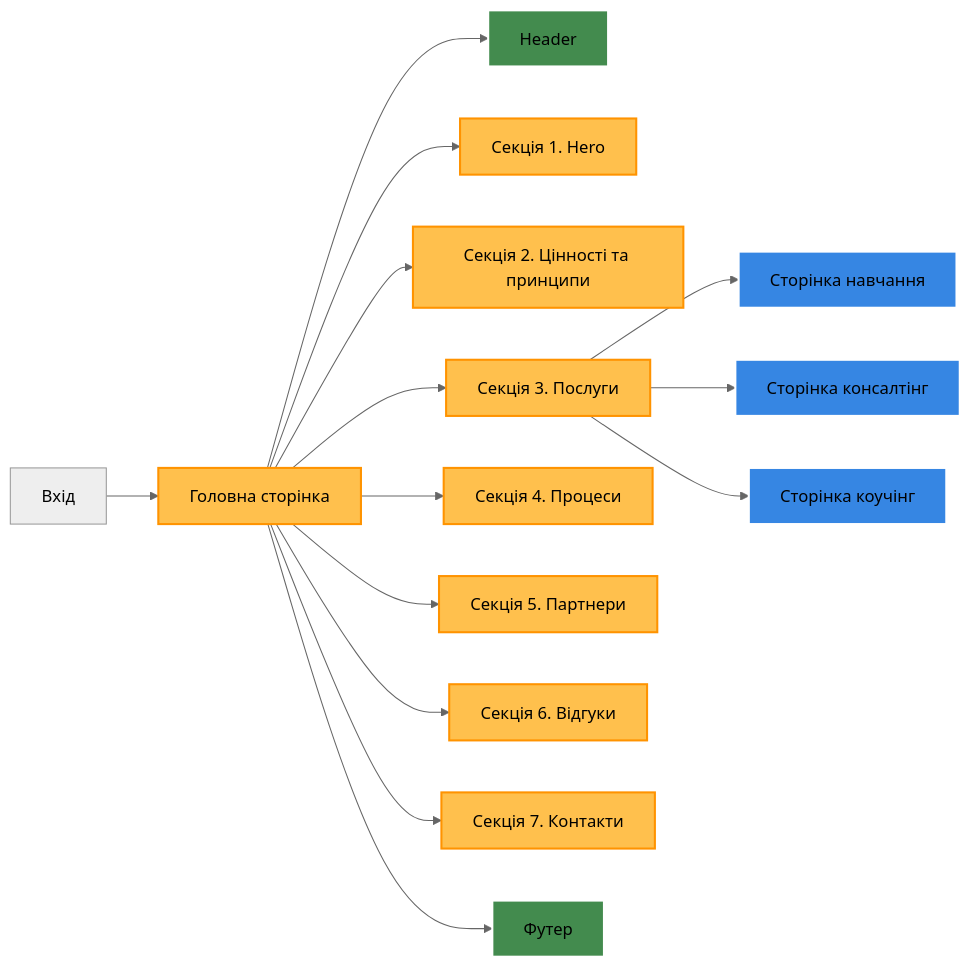
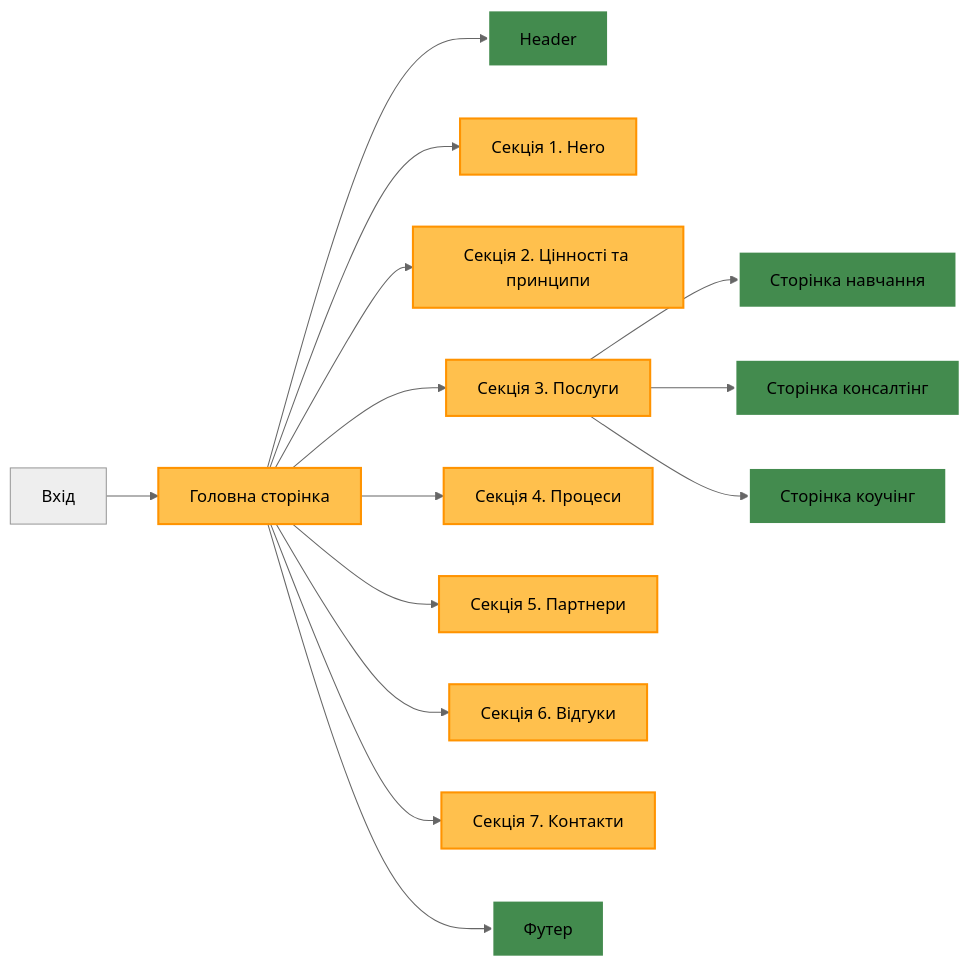
Before and after one commit to sergio-nezhigay/carptravel: the diagram in README.md, drawn with Mermaid (neutral theme).

````diff
--- a/README.md
+++ b/README.md
@@ -51,38 +51,38 @@
 ```mermaid
 graph LR
 
   %% Хедер
   style B fill:#438b4e, stroke:#ffffff, stroke-width:2px;
 
   %% Секції
   style A fill:#ffc04d, stroke:#ff9300, stroke-width:2px;
   style C fill:#ffc04d, stroke:#ff9300, stroke-width:2px;
   style D fill:#ffc04d, stroke:#ff9300, stroke-width:2px;
   style E fill:#ffc04d, stroke:#ff9300, stroke-width:2px;
   style F fill:#ffc04d, stroke:#ff9300, stroke-width:2px;
   style G fill:#ffc04d, stroke:#ff9300, stroke-width:2px;
   style H fill:#ffc04d, stroke:#ff9300, stroke-width:2px;
   style I fill:#ffc04d, stroke:#ff9300, stroke-width:2px;
 
   %% Сторінки
-  style N fill:#3686e3, stroke:#ffffff, stroke-width:2px;
-  style O fill:#3686e3, stroke:#ffffff, stroke-width:2px;
-  style P fill:#3686e3, stroke:#ffffff, stroke-width:2px;
+  style N fill:#438b4e, stroke:#ffffff, stroke-width:2px;
+  style O fill:#438b4e, stroke:#ffffff, stroke-width:2px;
+  style P fill:#438b4e, stroke:#ffffff, stroke-width:2px;
 
   %% Футер
   style J fill:#438b4e, stroke:#ffffff, stroke-width:2px;
 
   Z[Вхід] --> A[Головна сторінка]
   A --> B[Header]
   A --> C[Секція 1. Hero]
   A --> D[Секція 2. Цінності та принципи]
   A --> E[Секція 3. Послуги]
   A --> F[Секція 4. Процеси]
   A --> G[Секція 5. Партнери]
   A --> H[Секція 6. Відгуки]
   A --> I[Секція 7. Контакти]
   A --> J[Футер]
   E --> N[Сторінка навчання]
   E --> O[Сторінка консалтінг]
   E --> P[Сторінка коучінг]
 ```
````
